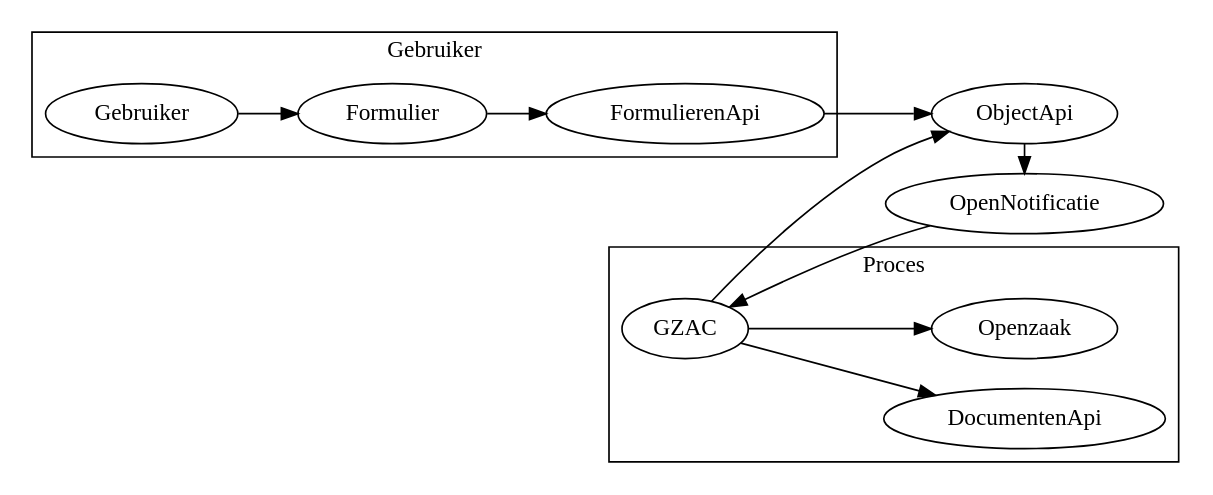
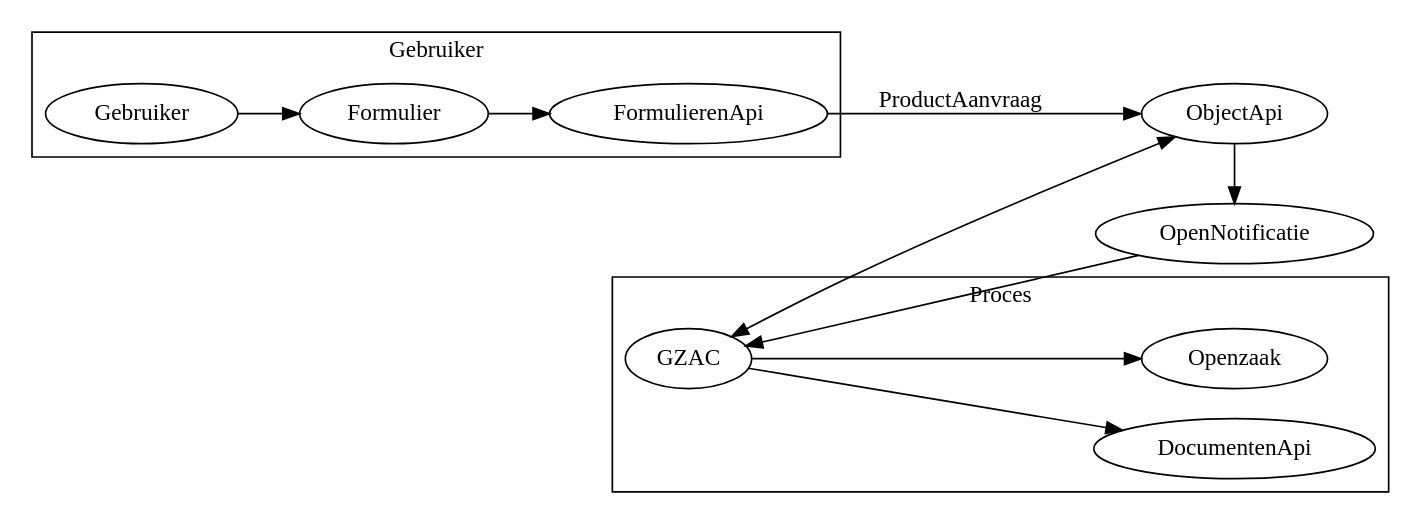
Before and after one commit to Gemeente-DenHaag/referentie-common-ground-implementatie: the diagram in images/graphviz/productaanvraag.dot, drawn with Graphviz. The commit also changed 4 other files, not shown here.

```diff
--- a/images/graphviz/productaanvraag.dot
+++ b/images/graphviz/productaanvraag.dot
@@ -1,22 +1,21 @@
    digraph {
         rankdir="LR";
 
         subgraph subs{
             rank =same;
             "ObjectApi"->"OpenNotificatie";  
         }
         subgraph cluster_0 {
             label = "Gebruiker";
             "Gebruiker" -> "Formulier";
             "Formulier" -> "FormulierenApi";
-            "FormulierenApi" -> "ObjectApi";
+            "FormulierenApi" -> "ObjectApi"[label="ProductAanvraag"];
         }
         subgraph cluster_1 {
             label = "Proces";
             "OpenNotificatie"->"GZAC";
-            "GZAC"->"ObjectApi";
+            "GZAC"->"ObjectApi"[dir=both];
             "GZAC"->"DocumentenApi";
             "GZAC"->"Openzaak";
         }
-
    }
```
